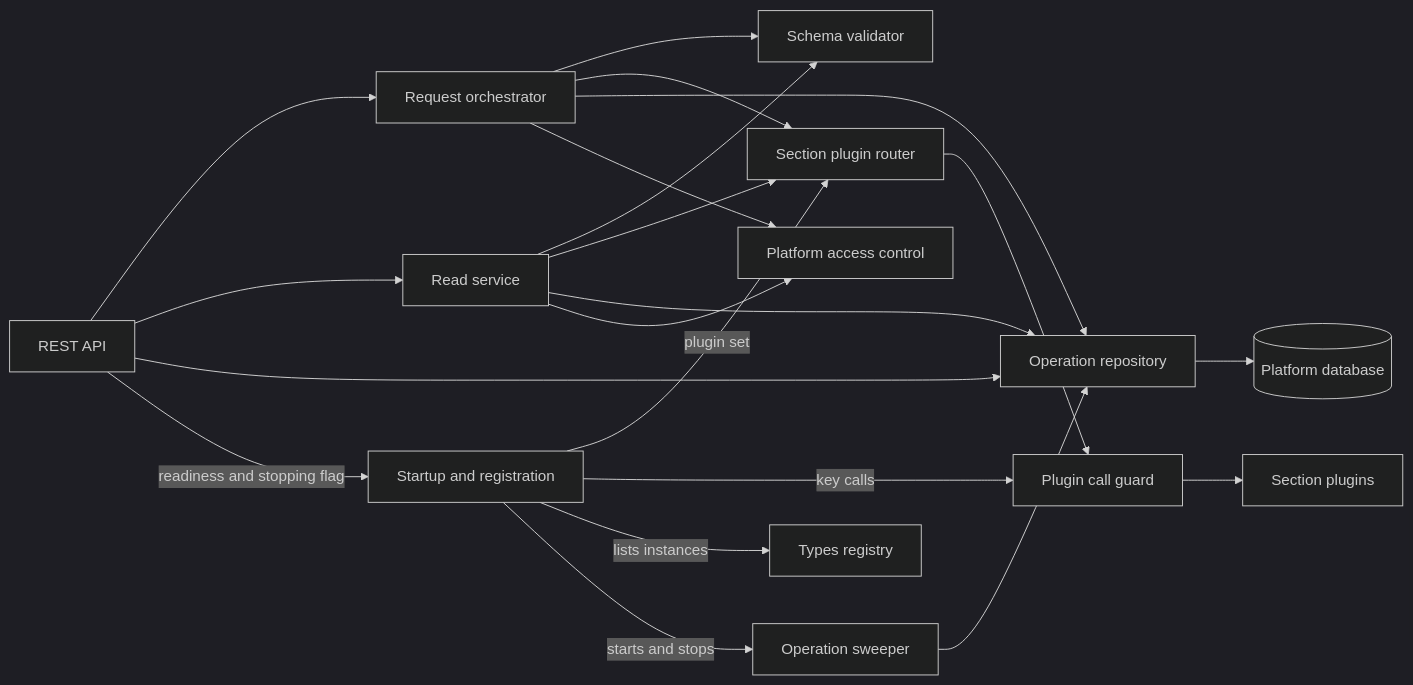
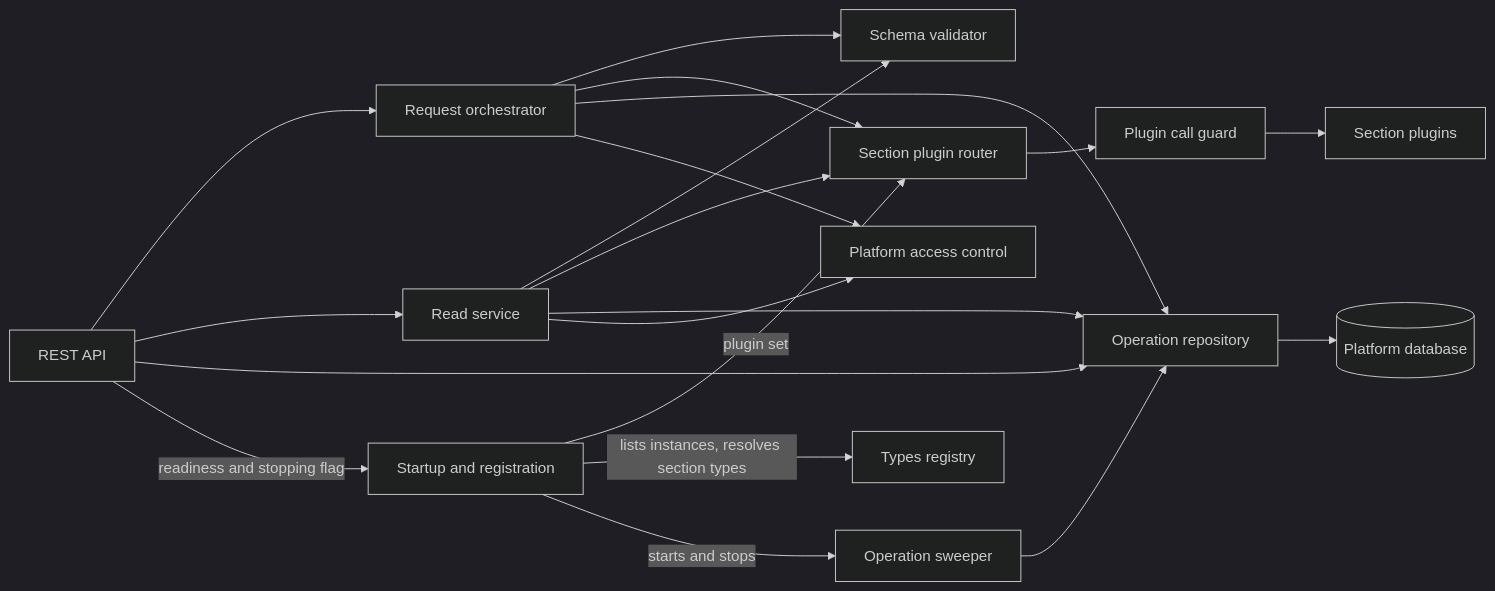
One commit to constructorfabric/gears-rust changed the third of 6 diagrams in gears/system/application-manager/docs/DESIGN.md. Above: the diagram before and after it, drawn with Mermaid (dark theme). The commit also changed other lines of this file and 5 other files, not shown here.

````diff
--- a/gears/system/application-manager/docs/DESIGN.md
+++ b/gears/system/application-manager/docs/DESIGN.md
@@ -332,23 +332,22 @@
 ```mermaid
 graph LR
     REST[REST API] --> ORC[Request orchestrator]
     REST --> RS[Read service]
     REST --> REP
     ORC --> VAL[Schema validator]
     RS --> VAL
     ORC --> SPR[Section plugin router]
     RS --> SPR
     ORC --> REP[Operation repository]
     RS --> REP
     ORC --> PDP[Platform access control]
     RS --> PDP
     SWP[Operation sweeper] --> REP
     SPR --> GUARD[Plugin call guard]
     GUARD --> SP[Section plugins]
     REP --> DB[(Platform database)]
     START[Startup and registration] -->|"plugin set"| SPR
-    START -->|"key calls"| GUARD
-    START -->|"lists instances"| TR[Types registry]
+    START -->|"lists instances, resolves section types"| TR[Types registry]
     START -->|"starts and stops"| SWP
     REST -->|"readiness and stopping flag"| START
 ```
````
